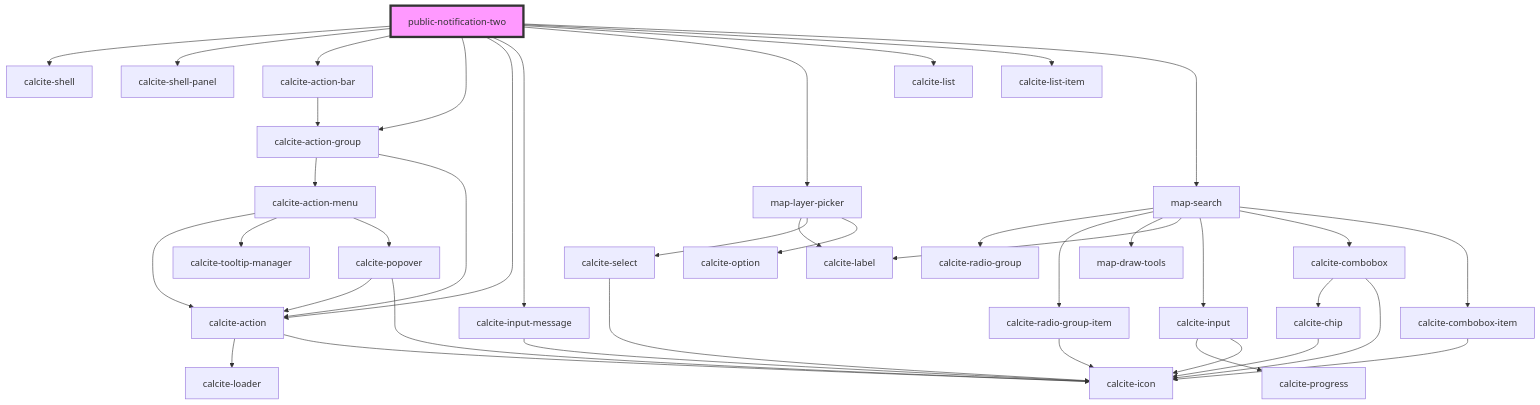
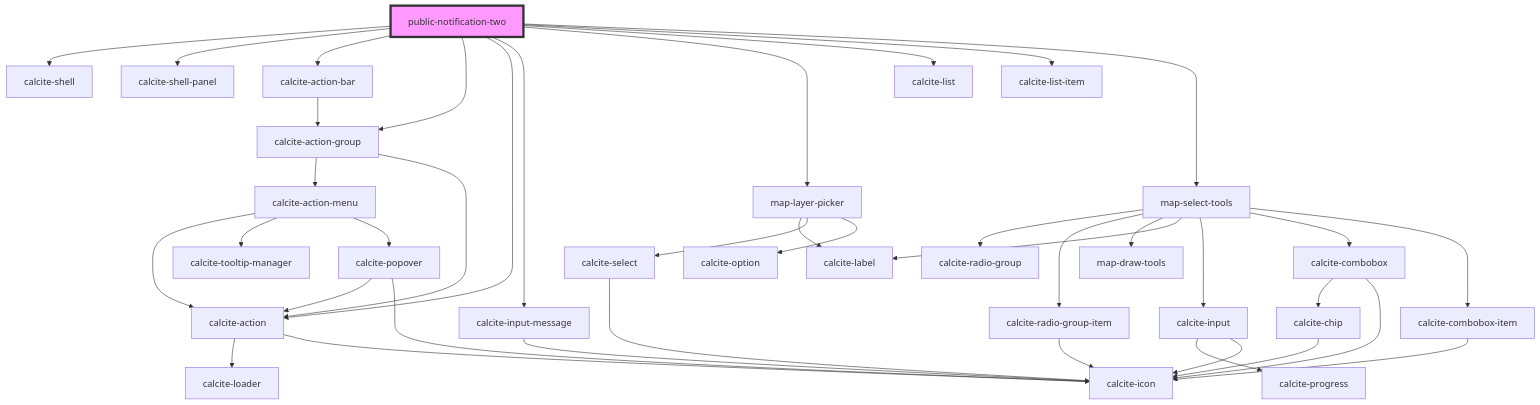
Before and after one commit to Esri/solutions-components: the diagram in src/components/public-notification-two/readme.md, drawn with Mermaid. The commit also changed other lines of this file and 14 other files, not shown here.

Commit message:
create map-select-tools and remove map-search

````diff
--- a/src/components/public-notification-two/readme.md
+++ b/src/components/public-notification-two/readme.md
@@ -35,43 +35,43 @@
 ```mermaid
 graph TD;
   public-notification-two --> calcite-shell
   public-notification-two --> calcite-shell-panel
   public-notification-two --> calcite-action-bar
   public-notification-two --> calcite-action-group
   public-notification-two --> calcite-action
   public-notification-two --> calcite-input-message
   public-notification-two --> map-layer-picker
   public-notification-two --> calcite-list
   public-notification-two --> calcite-list-item
-  public-notification-two --> map-search
+  public-notification-two --> map-select-tools
   calcite-action-bar --> calcite-action-group
   calcite-action-group --> calcite-action-menu
   calcite-action-group --> calcite-action
   calcite-action-menu --> calcite-action
   calcite-action-menu --> calcite-tooltip-manager
   calcite-action-menu --> calcite-popover
   calcite-action --> calcite-loader
   calcite-action --> calcite-icon
   calcite-popover --> calcite-action
   calcite-popover --> calcite-icon
   calcite-input-message --> calcite-icon
   map-layer-picker --> calcite-label
   map-layer-picker --> calcite-select
   map-layer-picker --> calcite-option
   calcite-select --> calcite-icon
-  map-search --> calcite-radio-group
-  map-search --> calcite-radio-group-item
-  map-search --> map-draw-tools
-  map-search --> calcite-label
-  map-search --> calcite-input
-  map-search --> calcite-combobox
-  map-search --> calcite-combobox-item
+  map-select-tools --> calcite-radio-group
+  map-select-tools --> calcite-radio-group-item
+  map-select-tools --> map-draw-tools
+  map-select-tools --> calcite-label
+  map-select-tools --> calcite-input
+  map-select-tools --> calcite-combobox
+  map-select-tools --> calcite-combobox-item
   calcite-radio-group-item --> calcite-icon
   calcite-input --> calcite-progress
   calcite-input --> calcite-icon
   calcite-combobox --> calcite-chip
   calcite-combobox --> calcite-icon
   calcite-chip --> calcite-icon
   calcite-combobox-item --> calcite-icon
   style public-notification-two fill:#f9f,stroke:#333,stroke-width:4px
 ```
````
